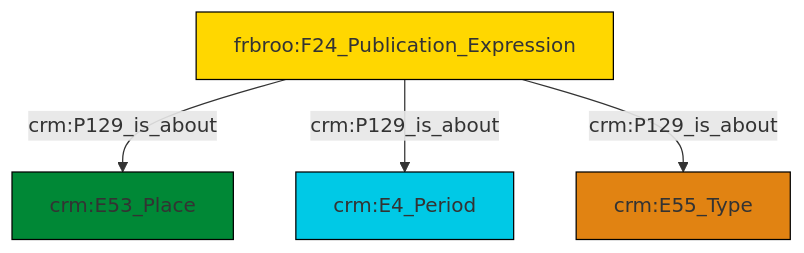
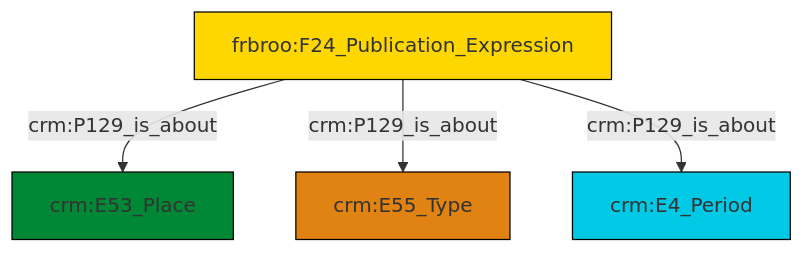
Before and after one commit to swiss-art-research-net/docs.swissartresearch: the diagram in et/biblioCSV/ttl/mmd/biblio_aboutness.ttl.mmd, drawn with Mermaid. The commit also changed 204 other files, not shown here.

```diff
--- a/et/biblioCSV/ttl/mmd/biblio_aboutness.ttl.mmd
+++ b/et/biblioCSV/ttl/mmd/biblio_aboutness.ttl.mmd
@@ -1,18 +1,18 @@
 graph TD
 classDef Literal fill:#f2f2f2,stroke:#000000;
 classDef CRM_Entity fill:#FFFFFF,stroke:#000000;
 classDef Temporal_Entity fill:#00C9E6, stroke:#000000;
 classDef Type fill:#E18312, stroke:#000000;
 classDef Time-Span fill:#2C9C91, stroke:#000000;
 classDef Appellation fill:#FFEB7F, stroke:#000000;
 classDef Place fill:#008836, stroke:#000000;
 classDef Persistent_Item fill:#B266B2, stroke:#000000;
 classDef Conceptual_Object fill:#FFD700, stroke:#000000;
 classDef Physical_Thing fill:#D2B48C, stroke:#000000;
 classDef Actor fill:#f58aad, stroke:#000000;
 classDef PC_Classes fill:#4ce600, stroke:#000000;
 classDef Multi fill:#cccccc,stroke:#000000;
 
-0["frbroo:F24_Publication_Expression"]:::Conceptual_Object -->|crm:P129_is_about| 2["crm:E53_Place"]:::Place
-0["frbroo:F24_Publication_Expression"]:::Conceptual_Object -->|crm:P129_is_about| 3["crm:E4_Period"]:::Temporal_Entity
-0["frbroo:F24_Publication_Expression"]:::Conceptual_Object -->|crm:P129_is_about| 6["crm:E55_Type"]:::Type
+2["frbroo:F24_Publication_Expression"]:::Conceptual_Object -->|crm:P129_is_about| 0["crm:E53_Place"]:::Place
+2["frbroo:F24_Publication_Expression"]:::Conceptual_Object -->|crm:P129_is_about| 4["crm:E55_Type"]:::Type
+2["frbroo:F24_Publication_Expression"]:::Conceptual_Object -->|crm:P129_is_about| 6["crm:E4_Period"]:::Temporal_Entity
```
